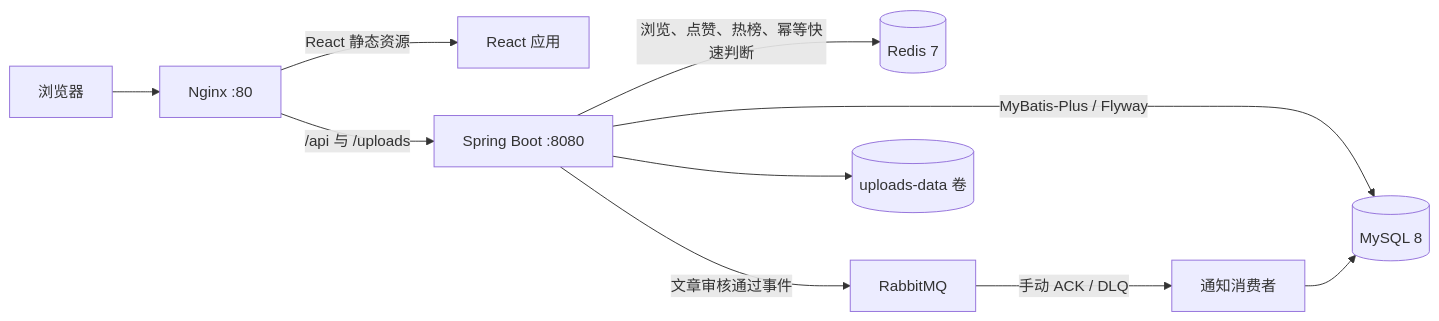
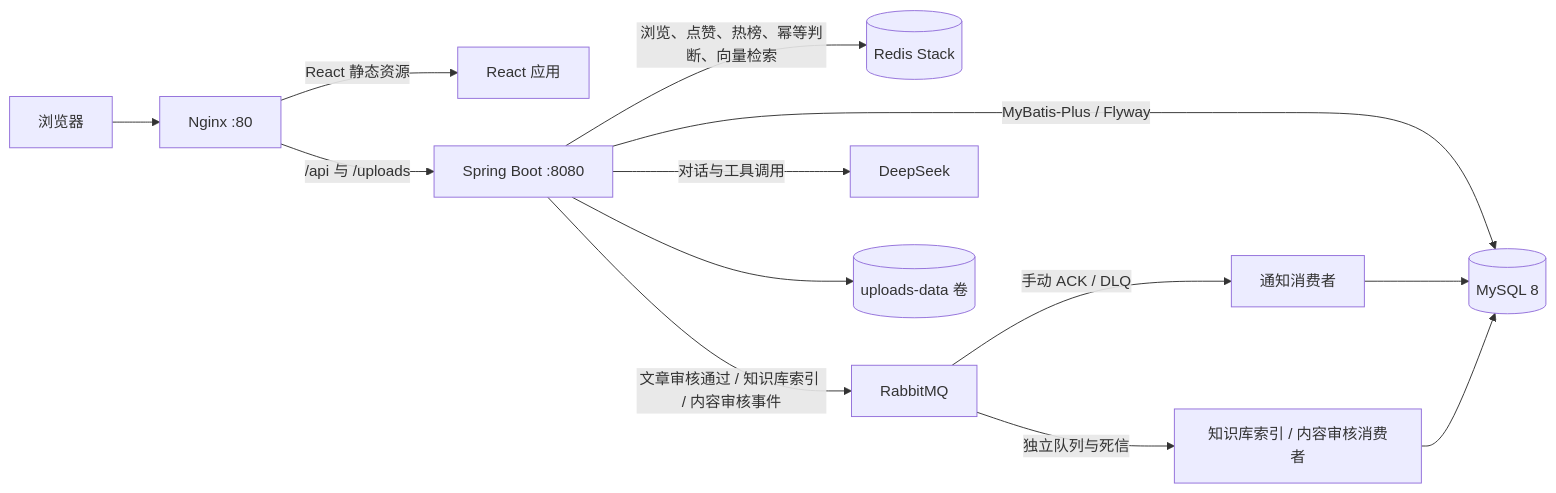
Before and after one commit to JJJJIU9999/Bit_Forum_Spring: the diagram in README.md, drawn with Mermaid. The commit also changed other lines of this file and 9 other files, not shown here.

````diff
--- a/README.md
+++ b/README.md
@@ -33,12 +38,15 @@
 ```mermaid
 flowchart LR
     Browser[浏览器] --> Nginx[Nginx :80]
     Nginx -->|React 静态资源| React[React 应用]
     Nginx -->|/api 与 /uploads| App[Spring Boot :8080]
     App -->|MyBatis-Plus / Flyway| MySQL[(MySQL 8)]
-    App -->|浏览、点赞、热榜、幂等快速判断| Redis[(Redis 7)]
-    App -->|文章审核通过事件| MQ[RabbitMQ]
+    App -->|浏览、点赞、热榜、幂等判断、向量检索| Redis[(Redis Stack)]
+    App -->|文章审核通过 / 知识库索引 / 内容审核事件| MQ[RabbitMQ]
     MQ -->|手动 ACK / DLQ| Consumer[通知消费者]
+    MQ -->|独立队列与死信| KbConsumer[知识库索引 / 内容审核消费者]
     Consumer --> MySQL
+    KbConsumer --> MySQL
+    App -->|对话与工具调用| LLM[DeepSeek]
     App --> Uploads[(uploads-data 卷)]
 ```
````
